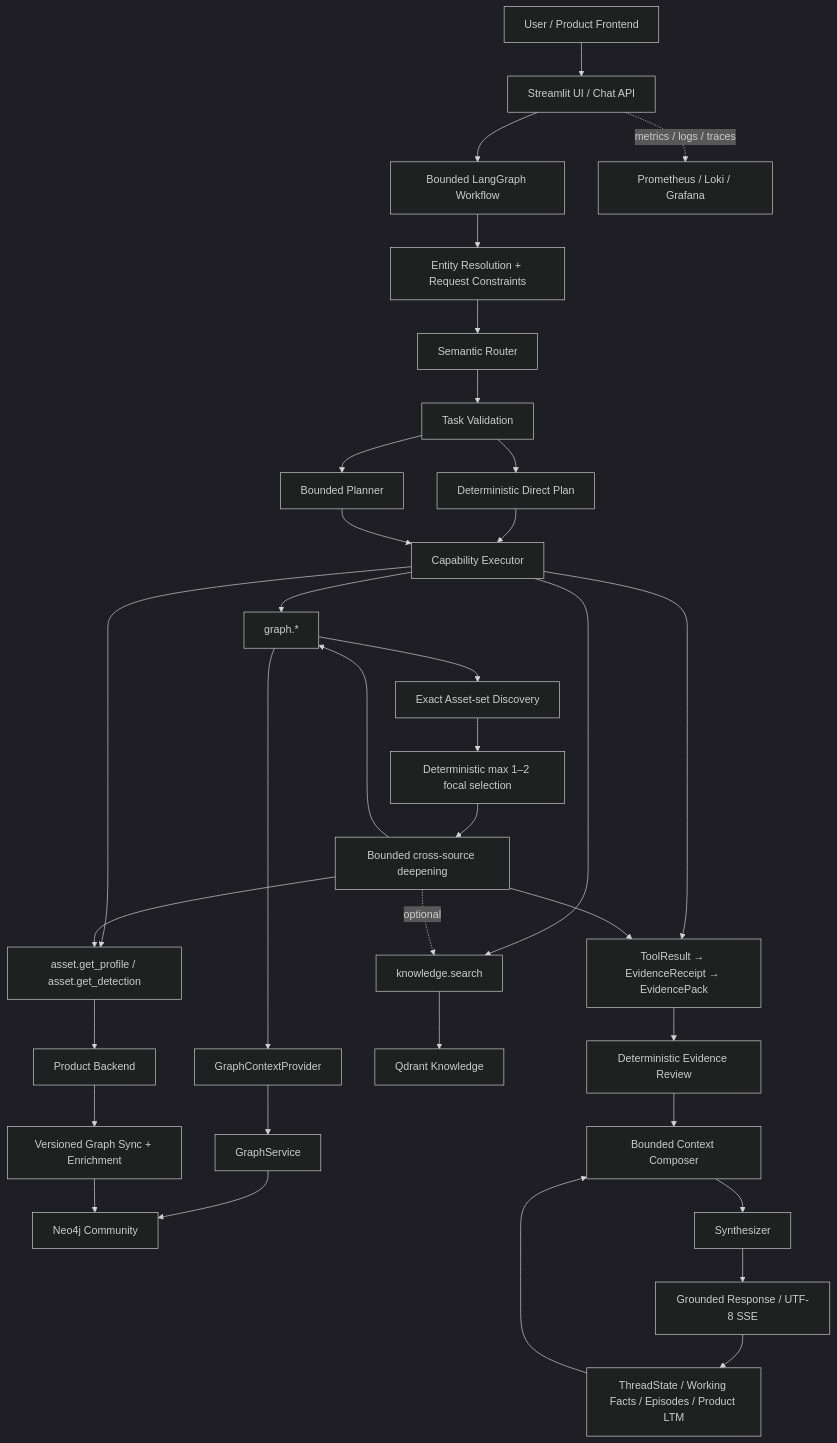
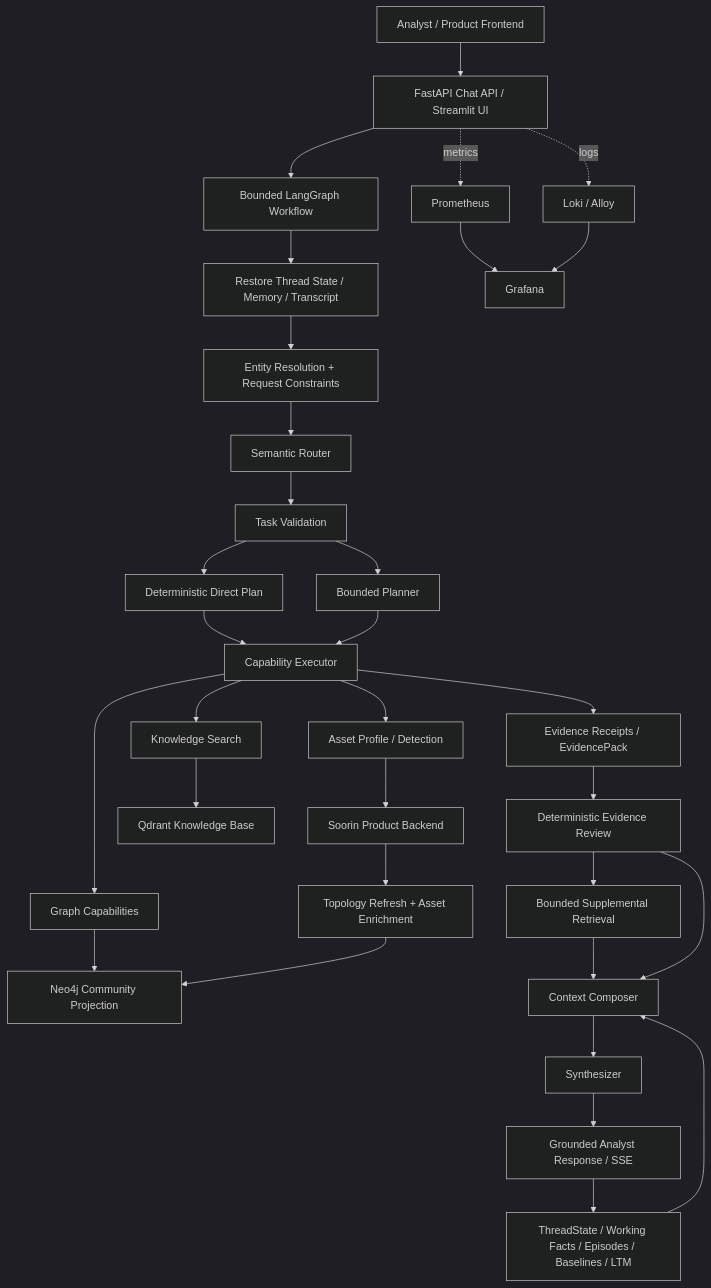
Before and after one commit to alirzx/Soorin_Copilot: the diagram in README.md, drawn with Mermaid (dark theme). The commit also changed other lines of this file and 6 other files, not shown here.

````diff
--- a/README.md
+++ b/README.md
@@ -9,44 +9,41 @@
 ```mermaid
 flowchart TD
-    U[User / Product Frontend] --> API[Streamlit UI / Chat API]
+    U[Analyst / Product Frontend] --> API[FastAPI Chat API / Streamlit UI]
     API --> WF[Bounded LangGraph Workflow]
 
-    WF --> ENT[Entity Resolution + Request Constraints]
+    WF --> MEMR[Restore Thread State / Memory / Transcript]
+    MEMR --> ENT[Entity Resolution + Request Constraints]
     ENT --> RT[Semantic Router]
-    RT --> VAL[Task Validation]
-    VAL --> DP[Deterministic Direct Plan]
-    VAL --> PL[Bounded Planner]
+    RT --> TV[Task Validation]
+    TV --> DP[Deterministic Direct Plan]
+    TV --> PL[Bounded Planner]
     DP --> EX[Capability Executor]
     PL --> EX
 
-    EX --> AS[asset.get_profile / asset.get_detection]
-    EX --> GR[graph.*]
-    EX --> KB[knowledge.search]
+    EX --> AS[Asset Profile / Detection]
+    EX --> GR[Graph Capabilities]
+    EX --> KB[Knowledge Search]
 
-    GR --> DISC[Exact Asset-set Discovery]
-    DISC --> SEL[Deterministic max 1–2 focal selection]
-    SEL --> DEEP[Bounded cross-source deepening]
-    DEEP --> AS
-    DEEP --> GR
-    DEEP -. optional .-> KB
+    AS --> PROD[Soorin Product Backend]
+    GR --> NEO[Neo4j Community Projection]
+    KB --> QD[Qdrant Knowledge Base]
 
-    AS --> PROD[Product Backend]
-    GR --> GCP[GraphContextProvider]
-    GCP --> GS[GraphService]
-    GS --> NEO[Neo4j Community]
-    KB --> QD[Qdrant Knowledge]
-
-    PROD --> SYNC[Versioned Graph Sync + Enrichment]
+    PROD --> SYNC[Topology Refresh + Asset Enrichment]
     SYNC --> NEO
 
-    EX --> EV[ToolResult → EvidenceReceipt → EvidencePack]
-    DEEP --> EV
+    EX --> EV[Evidence Receipts / EvidencePack]
     EV --> REV[Deterministic Evidence Review]
-    REV --> CTX[Bounded Context Composer]
-    MEM[ThreadState / Working Facts / Episodes / Product LTM] --> CTX
+    REV --> SUP[Bounded Supplemental Retrieval]
+    SUP --> CTX[Context Composer]
+    REV --> CTX
+
+    MEM[ThreadState / Working Facts / Episodes / Baselines / LTM] --> CTX
     CTX --> SYN[Synthesizer]
-    SYN --> OUT[Grounded Response / UTF-8 SSE]
+    SYN --> OUT[Grounded Analyst Response / SSE]
     OUT --> MEM
 
-    API -. metrics / logs / traces .-> OBS[Prometheus / Loki / Grafana]
+    API -. metrics .-> PROM[Prometheus]
+    API -. logs .-> LOKI[Loki / Alloy]
+    PROM --> GRAF[Grafana]
+    LOKI --> GRAF
 ```
````
